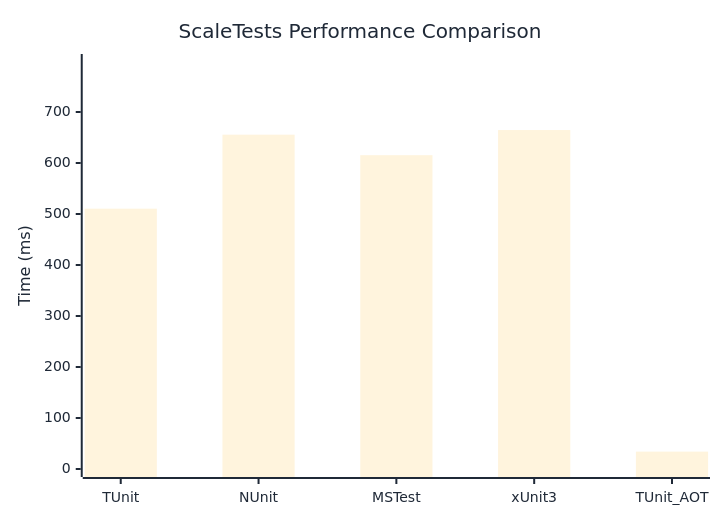
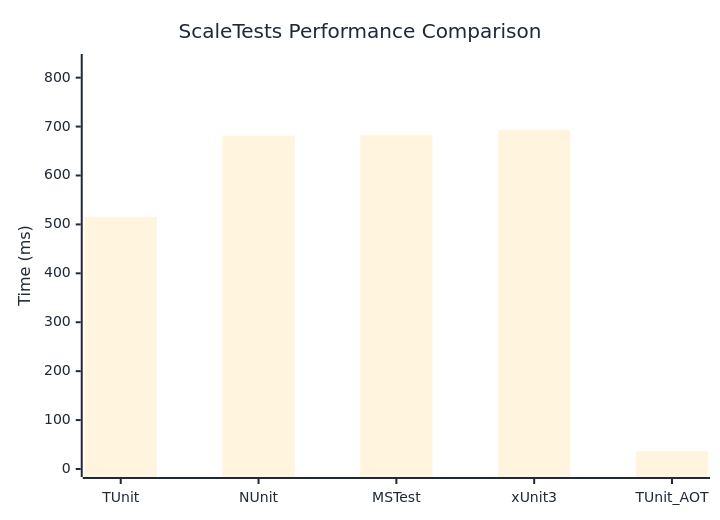
The diagram in docs/docs/benchmarks/ScaleTests.md (thomhurst/TUnit), drawn with Mermaid before and after one commit. The commit also changed other lines of this file and 17 other files, not shown here.

````diff
--- a/docs/docs/benchmarks/ScaleTests.md
+++ b/docs/docs/benchmarks/ScaleTests.md
@@ -27,37 +27,37 @@
 ```mermaid
 %%{init: {
   'theme':'base',
   'themeVariables': {
     'primaryColor': '#2563eb',
     'primaryTextColor': '#1f2937',
     'primaryBorderColor': '#1e40af',
     'lineColor': '#6b7280',
     'secondaryColor': '#7c3aed',
     'tertiaryColor': '#dc2626',
     'background': '#ffffff',
     'mainBkg': '#2563eb',
     'secondBkg': '#7c3aed',
     'tertiaryBkg': '#dc2626',
     'clusterBkg': '#f3f4f6',
     'edgeLabelBackground': '#ffffff',
     'tertiaryTextColor': '#1f2937',
     'pie1': '#2563eb',
     'pie2': '#7c3aed',
     'pie3': '#dc2626',
     'pie4': '#f59e0b',
     'pie5': '#10b981',
     'pie6': '#06b6d4',
     'pie7': '#ec4899',
     'pie8': '#6366f1',
     'pie9': '#84cc16',
     'pie10': '#f97316',
     'pie11': '#14b8a6',
     'pie12': '#a855f7'
   }
 }}%%
 xychart-beta
   title "ScaleTests Performance Comparison"
   x-axis ["TUnit", "NUnit", "MSTest", "xUnit3", "TUnit_AOT"]
-  y-axis "Time (ms)" 0 --> 798
-  bar [510.39, 655.52, 615.3, 664.58, 34.08]
+  y-axis "Time (ms)" 0 --> 832
+  bar [514.6, 681.33, 683.19, 693.17, 36.08]
 ```
````
